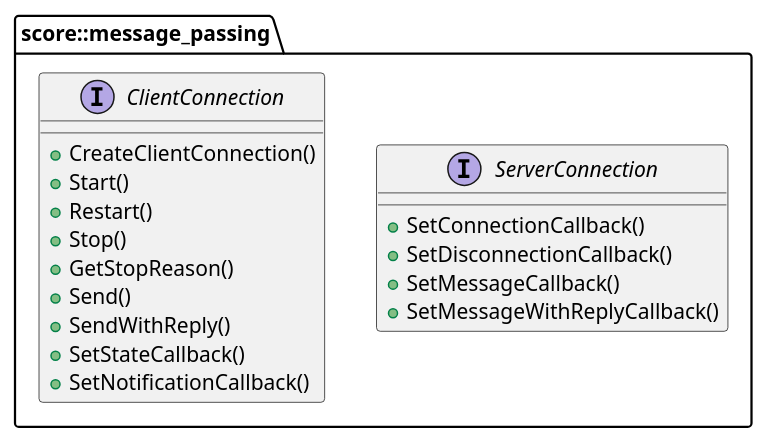
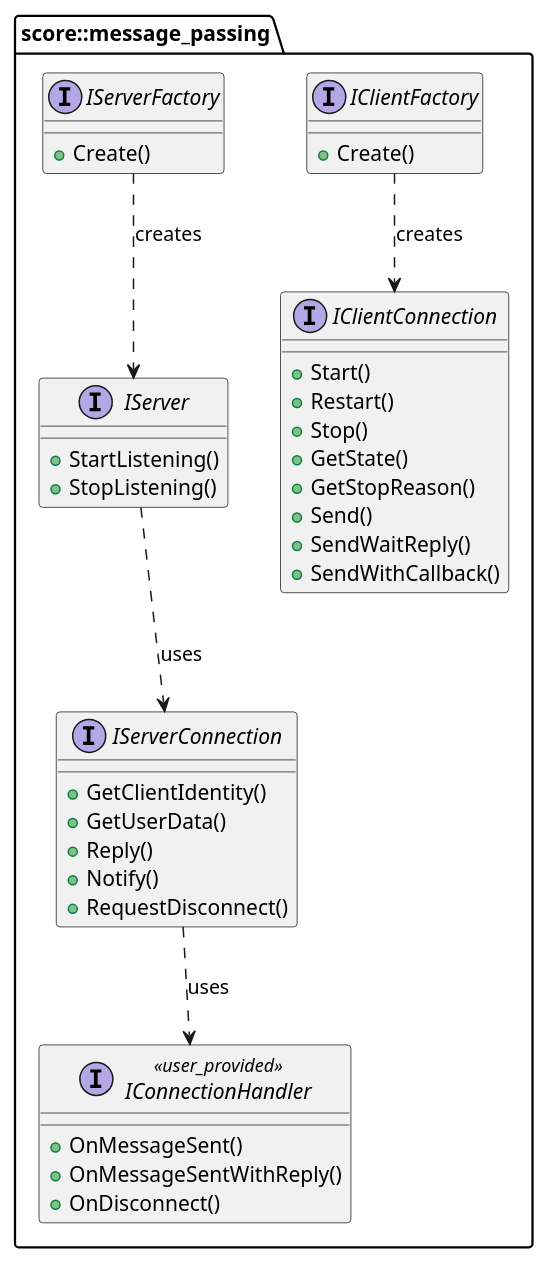
One commit to eclipse-score/communication changed the diagram in score/message_passing/dependability/software_architectural_design/public_api.puml. Above: the diagram before and after it, drawn with PlantUML.

Commit message:
docs(message_passing): fix public_api.puml to match actual API
The diagram listed methods that do not exist in the code
(CreateClientConnection, SendWithReply, SetStateCallback,
SetNotificationCallback, SetConnectionCallback, SetDisconnectionCallback,
SetMessageCallback, SetMessageWithReplyCallback) and was missing
IServer, IClientFactory, IServerFactory, IServerConnection and
IConnectionHandler entirely. Update it to reflect the real interfaces
and their relationships.

```diff
--- a/score/message_passing/dependability/software_architectural_design/public_api.puml
+++ b/score/message_passing/dependability/software_architectural_design/public_api.puml
@@ -14,26 +14,50 @@
 @startuml
 
 namespace score::message_passing {
 
-    interface ServerConnection {
-        +SetConnectionCallback()
-        +SetDisconnectionCallback()
-        +SetMessageCallback()
-        +SetMessageWithReplyCallback()
+    interface IClientFactory {
+        +Create()
     }
 
-    interface ClientConnection {
-        +CreateClientConnection()
+    interface IClientConnection {
         +Start()
         +Restart()
         +Stop()
+        +GetState()
         +GetStopReason()
         +Send()
-        +SendWithReply()
-        +SetStateCallback()
-        +SetNotificationCallback()
+        +SendWaitReply()
+        +SendWithCallback()
     }
+
+    interface IServerFactory {
+        +Create()
+    }
+
+    interface IServer {
+        +StartListening()
+        +StopListening()
+    }
+
+    interface IServerConnection {
+        +GetClientIdentity()
+        +GetUserData()
+        +Reply()
+        +Notify()
+        +RequestDisconnect()
+    }
+
+    interface IConnectionHandler <<user_provided>> {
+        +OnMessageSent()
+        +OnMessageSentWithReply()
+        +OnDisconnect()
+    }
+
+    IClientFactory ..> IClientConnection : creates
+    IServerFactory ..> IServer : creates
+    IServer ..> IServerConnection : uses
+    IServerConnection ..> IConnectionHandler : uses
 
 }
 
 @enduml
```
